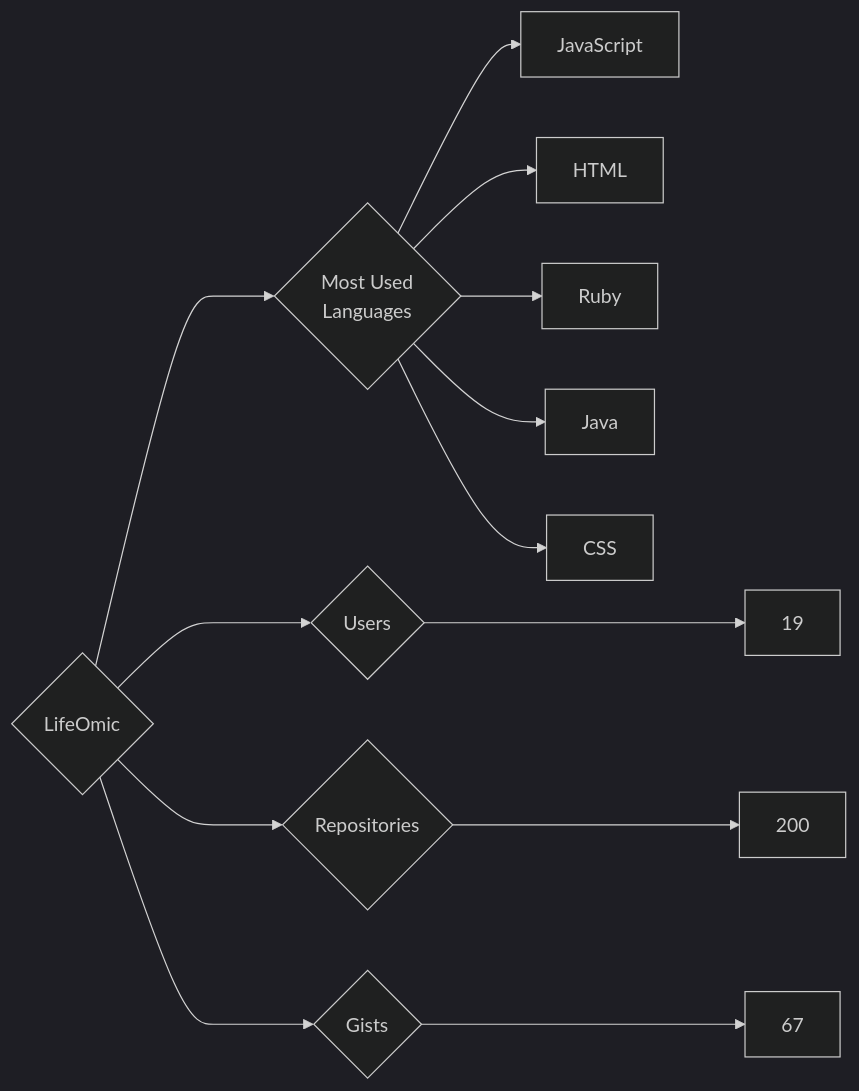
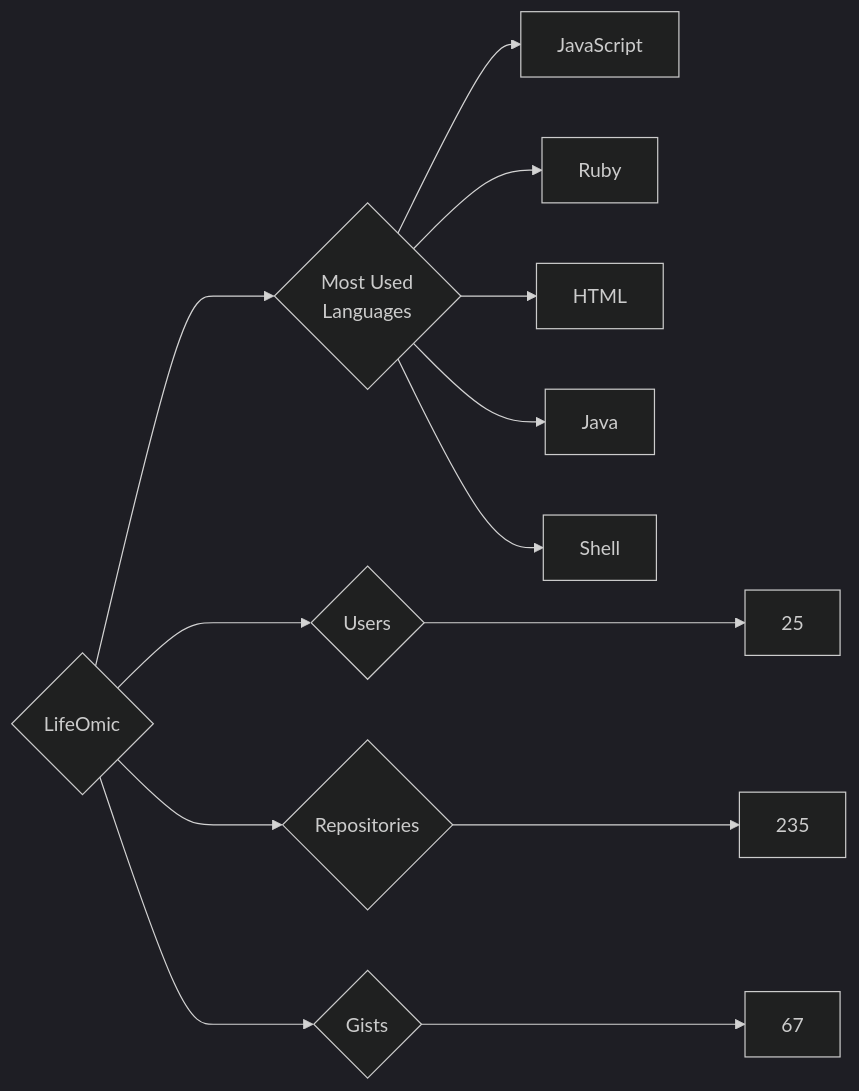
Before and after one commit to trickest/insiders: the diagram in targets/LifeOmic/README.md, drawn with Mermaid (dark theme). The commit also changed 916 other files, not shown here.

````diff
--- a/targets/LifeOmic/README.md
+++ b/targets/LifeOmic/README.md
@@ -3,13 +3,13 @@
 ```mermaid
 graph LR
 COMPANY_NAME{LifeOmic}
-COMPANY_NAME ---> U{Users} ---> UN[19]
-COMPANY_NAME ---> R{Repositories} ---> RN[200]
+COMPANY_NAME ---> U{Users} ---> UN[25]
+COMPANY_NAME ---> R{Repositories} ---> RN[235]
 COMPANY_NAME ---> G{Gists} ---> GN[67]
 COMPANY_NAME ---> ML{Most Used<br>Languages}
 ML --> JavaScript[JavaScript]
+ML --> Ruby[Ruby]
 ML --> HTML[HTML]
-ML --> Ruby[Ruby]
 ML --> Java[Java]
-ML --> CSS[CSS]
+ML --> Shell[Shell]
 ```
````
